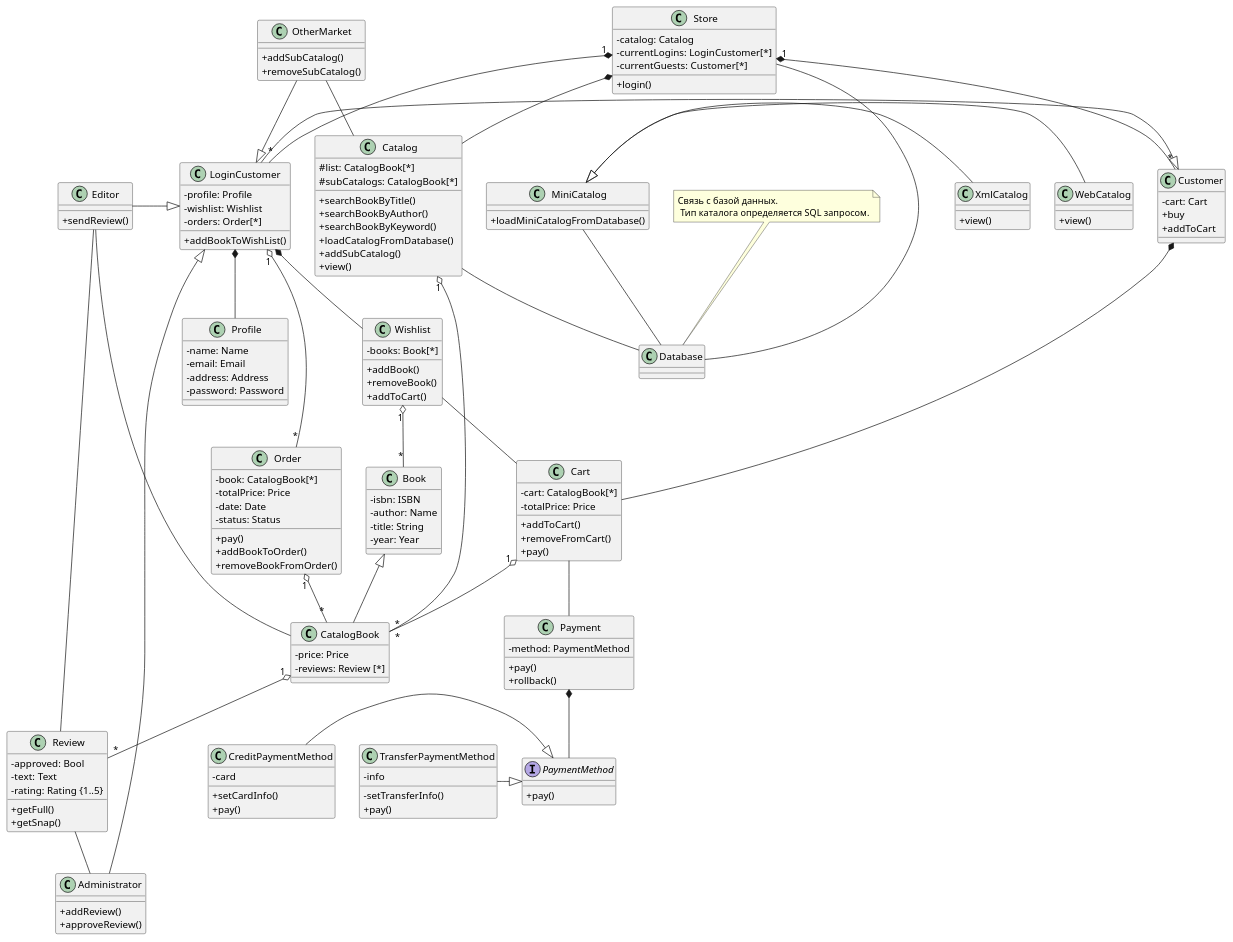
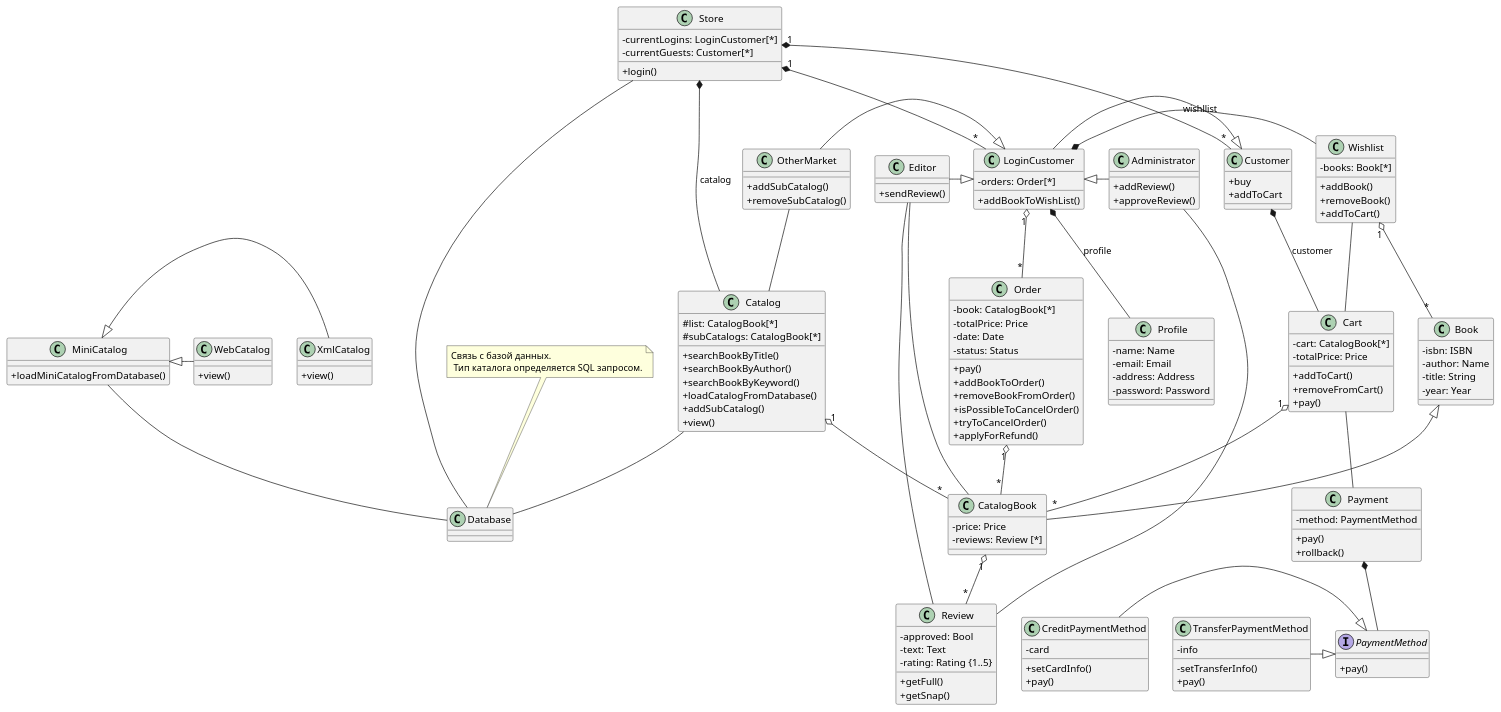
The diagram in hw5/bookshop.puml (kuklinamd/sdhw), drawn with PlantUML before and after one commit. The commit also changed 1 other file, not shown here.

```diff
--- a/hw5/bookshop.puml
+++ b/hw5/bookshop.puml
@@ -1,169 +1,182 @@
 @startuml
 skinparam classAttributeIconSize 0
 
 class Book {
 	-isbn: ISBN
 	-author: Name
 	-title: String
 	-year: Year
 }
 
 class CatalogBook {
 	-price: Price
 	-reviews: Review [*]
 }
+
+class Catalog {
+    #list: CatalogBook[*]
+    #subCatalogs: CatalogBook[*]
+	+searchBookByTitle()
+	+searchBookByAuthor()
+	+searchBookByKeyword()
+	+loadCatalogFromDatabase()
+	+addSubCatalog()
+	+view()
+}
+
+
+Catalog "1" o-- "*" CatalogBook
+Catalog -- Database
+
 Book <|-- CatalogBook
 
 class Profile {
     -name: Name
 	-email: Email
 	-address: Address
 	-password: Password
 }
 
 class Wishlist {
 	-books: Book[*]
 	+addBook()
 	+removeBook()
 	+addToCart()
 }
 Wishlist -- Cart
 Wishlist "1" o-- "*" Book
 
+together {
 class Customer {
-	-cart: Cart
 	+buy
 	+addToCart
 }
-Customer *-- Cart
 
 class LoginCustomer {
-    -profile: Profile
-	-wishlist: Wishlist
 	-orders: Order[*]
 
 	+addBookToWishList()
 }
-LoginCustomer -|> Customer
-LoginCustomer "1" o-- "*" Order
-LoginCustomer *-- Wishlist
-LoginCustomer *-- Profile
 
 class Administrator {
 	+ addReview()
 	+ approveReview()
 }
-Administrator -|> LoginCustomer
-Review -- Administrator
 
 class OtherMarket {
     +addSubCatalog()
     +removeSubCatalog()
 }
-OtherMarket -|> LoginCustomer
-OtherMarket -- Catalog
 
 class Editor {
 	+sendReview()
 }
+}
+Customer *-- Cart: customer
+
+LoginCustomer -|> Customer
+LoginCustomer "1" o-- "*" Order
+LoginCustomer *-- Wishlist: wishllist
+LoginCustomer *-- Profile: profile
+
+Administrator -|> LoginCustomer
+Review -- Administrator
+
+OtherMarket -|> LoginCustomer
+OtherMarket -- Catalog
+
+
 Editor -|> LoginCustomer
 Editor -- CatalogBook
 Editor -- Review
 
 class Review {
     -approved: Bool
     -text: Text
     -rating: Rating {1..5}
 	+getFull()
 	+getSnap()
 }
 CatalogBook "1" o-- "*" Review
 
 class Order {
 	-book: CatalogBook[*]
 	-totalPrice: Price
 	-date: Date
 	-status: Status
 	+pay()
 	+addBookToOrder()
 	+removeBookFromOrder()
+	+isPossibleToCancelOrder()
+	+tryToCancelOrder()
+	+applyForRefund()
 }
 Order "1" o-- "*" CatalogBook
 
 class Cart {
 	-cart: CatalogBook[*]
 	-totalPrice: Price
 	+addToCart()
 	+removeFromCart()
 	+pay()
 }
 Cart "1" o-- "*" CatalogBook
 Cart -- Payment
 
 class Payment {
 	-method: PaymentMethod
 	+pay()
 	+rollback()
 }
 
+together {
 interface PaymentMethod {
 	+pay()
 }
 class CreditPaymentMethod {
     -card
     +setCardInfo()
     +pay()
 }
 class TransferPaymentMethod {
     -info
     -setTransferInfo()
     +pay()
 }
+}
 
 TransferPaymentMethod -|> PaymentMethod
 CreditPaymentMethod -|> PaymentMethod
 Payment *-- PaymentMethod
 
 class Database
 note top of Database : Связь с базой данных. \n Тип каталога определяется SQL запросом.
 
-class Catalog {
-    #list: CatalogBook[*]
-    #subCatalogs: CatalogBook[*]
-	+searchBookByTitle()
-	+searchBookByAuthor()
-	+searchBookByKeyword()
-	+loadCatalogFromDatabase()
-	+addSubCatalog()
-	+view()
-}
-Catalog "1" o-- "*" CatalogBook
-Catalog -- Database
+together {
+    class MiniCatalog {
+    	+loadMiniCatalogFromDatabase()
+    }
 
-class MiniCatalog {
-	+loadMiniCatalogFromDatabase()
+    class XmlCatalog {
+    	+view()
+    }
+
+    class WebCatalog {
+    	+view()
+    }
 }
 MiniCatalog -- Database
-
-class XmlCatalog {
-	+view()
-}
 MiniCatalog <|- XmlCatalog
-
-class WebCatalog {
-	+view()
-}
 MiniCatalog <|- WebCatalog
 
 class Store {
-	-catalog: Catalog
 	-currentLogins: LoginCustomer[*]
 	-currentGuests: Customer[*]
 	+login()
 }
-Store *-- Catalog
+Store *-- Catalog : catalog
 Store "1" *-- "*" LoginCustomer
 Store "1" *-- "*" Customer
 Store -- Database
 
 @enduml
```
